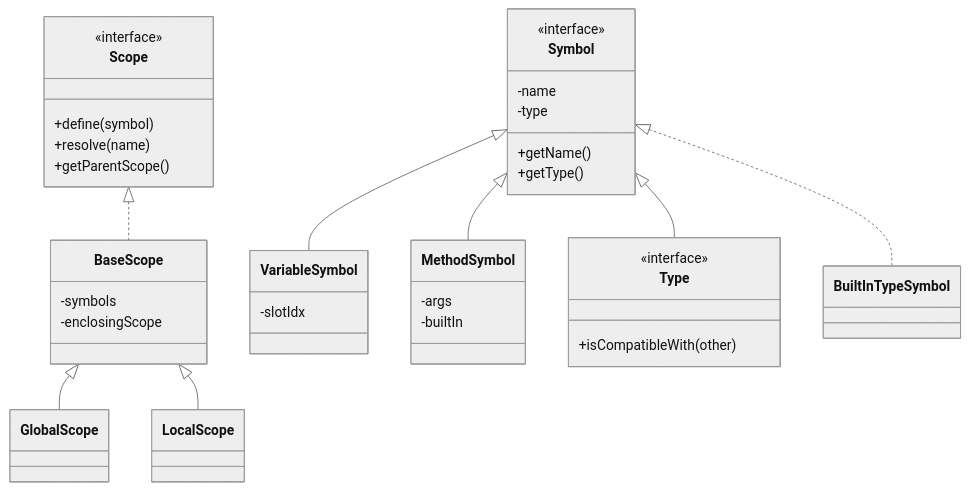
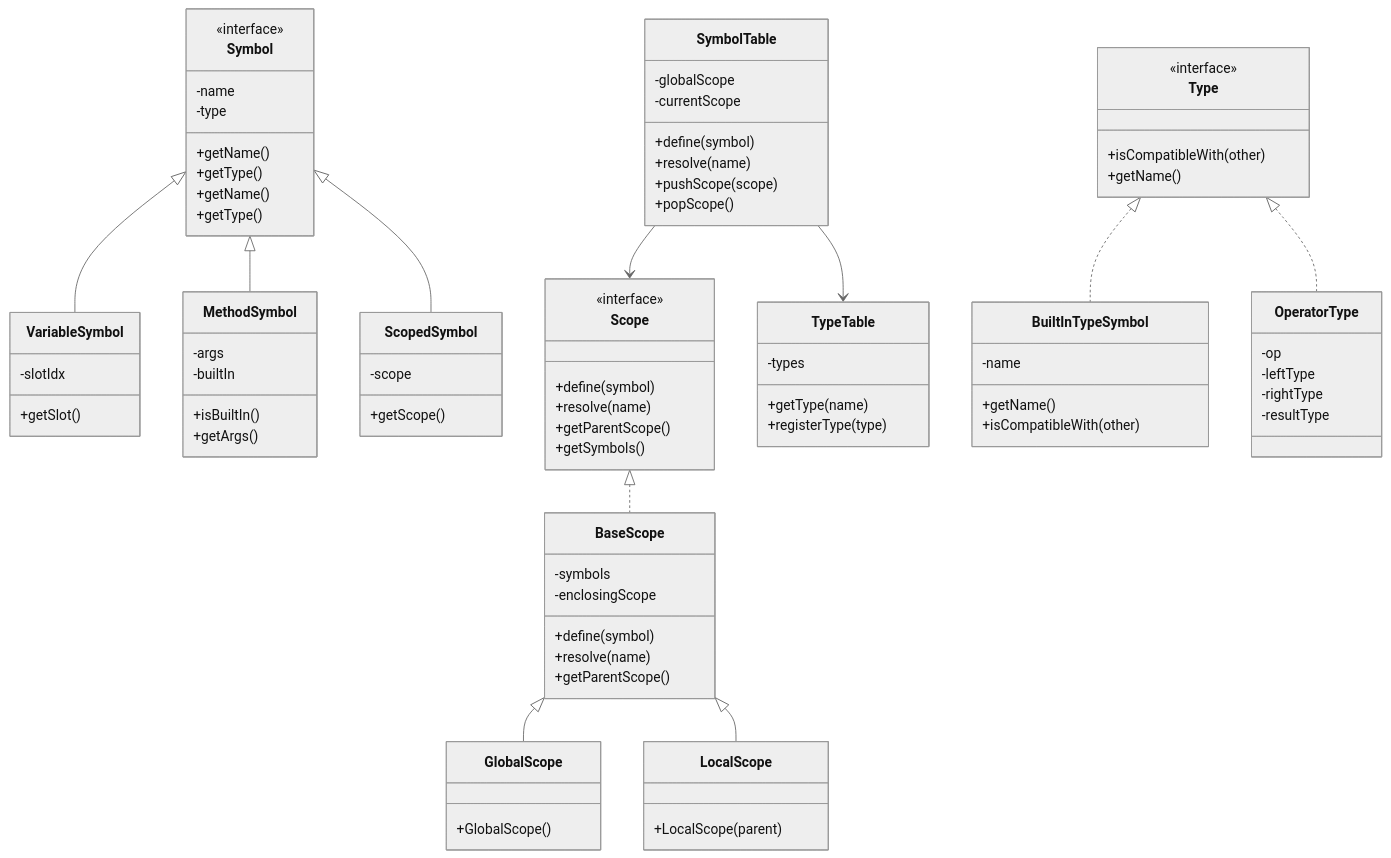
One commit to whtoo/How_to_implment_PL_in_Antlr4 changed the second of 8 diagrams in ep20/docs/project-architecture.md. Above: the diagram before and after it, drawn with Mermaid (neutral theme). The commit also changed other lines of this file and 11 other files, not shown here.

First line of the commit message:
docs(README): 更新项目文档和架构图

````diff
--- a/ep20/docs/project-architecture.md
+++ b/ep20/docs/project-architecture.md
@@ -87,6 +111,7 @@
         +define(symbol)
         +resolve(name)
         +getParentScope()
+        +getSymbols()
     }
     
     class Symbol {
@@ -98,31 +123,75 @@
     class BaseScope {
         -symbols
         -enclosingScope
+        +define(symbol)
+        +resolve(name)
+        +getParentScope()
     }
     
     class GlobalScope {
+        +GlobalScope()
     }
     
     class LocalScope {
+        +LocalScope(parent)
     }
     
     class Symbol {
         -name
         -type
+        +getName()
+        +getType()
     }
     
     class VariableSymbol {
         -slotIdx
+        +getSlot()
     }
     
     class MethodSymbol {
         -args
         -builtIn
+        +isBuiltIn()
+        +getArgs()
+    }
+    
+    class ScopedSymbol {
+        -scope
+        +getScope()
     }
     
     class Type {
         <<interface>>
         +isCompatibleWith(other)
+        +getName()
+    }
+    
+    class BuiltInTypeSymbol {
+        -name
+        +getName()
+        +isCompatibleWith(other)
+    }
+    
+    class OperatorType {
+        -op
+        -leftType
+        -rightType
+        -resultType
+    }
+    
+    class SymbolTable {
+        -globalScope
+        -currentScope
+        +define(symbol)
+        +resolve(name)
+        +pushScope(scope)
+        +popScope()
+    }
+    
+    class TypeTable {
+        -types
+        +getType(name)
+        +registerType(type)
     }
     
     Scope <|.. BaseScope
@@ -131,6 +200,11 @@
     
     Symbol <|-- VariableSymbol
     Symbol <|-- MethodSymbol
-    Symbol <|-- Type
-    Symbol <|.. BuiltInTypeSymbol
+    Symbol <|-- ScopedSymbol
+    
+    Type <|.. BuiltInTypeSymbol
+    Type <|.. OperatorType
+    
+    SymbolTable --> Scope
+    SymbolTable --> TypeTable
 ```
````
